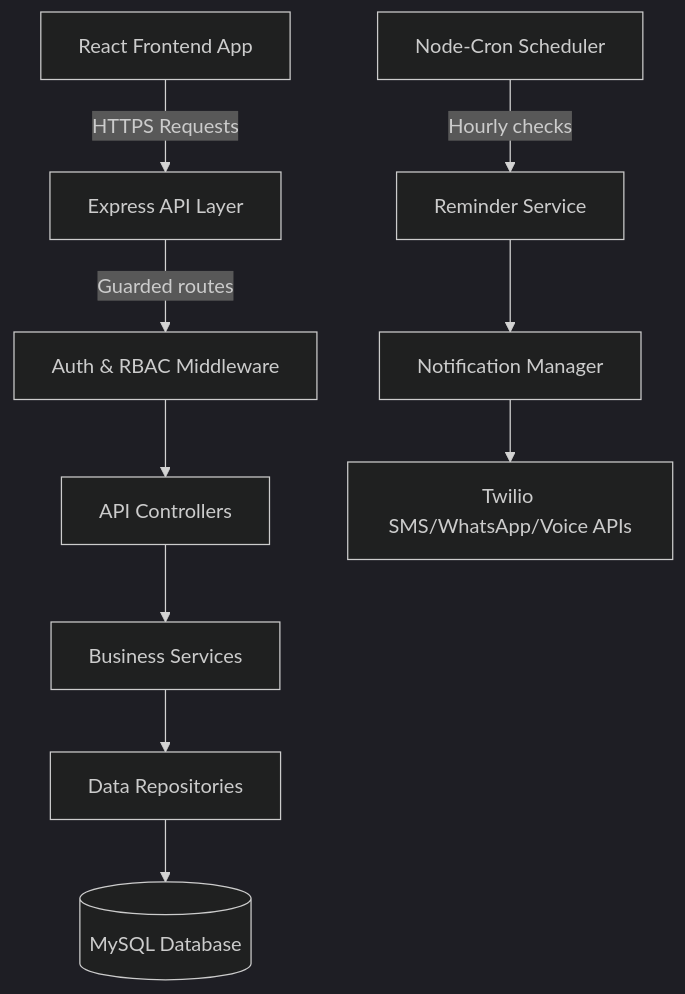
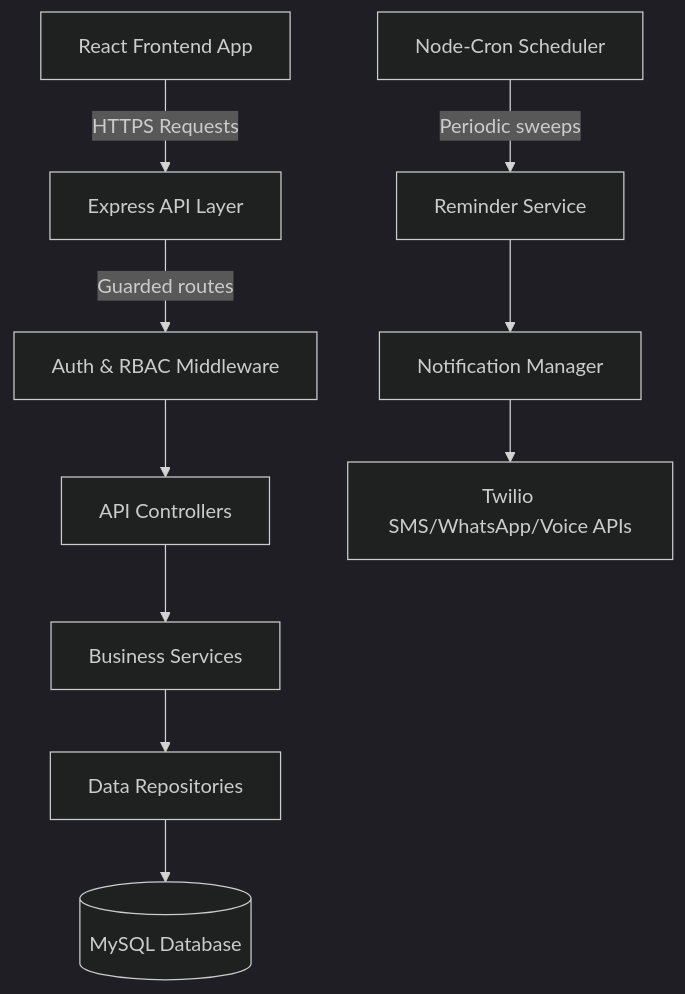
One commit to atharvamirzapure27-cmyk/dermo_reminder_system changed the first of 2 diagrams in README.md. Above: the diagram before and after it, drawn with Mermaid (dark theme). The commit also changed other lines of this file and 21 other files, not shown here.

Commit message:
Hardening and production optimization: Mask PII logs, fix reschedule state desyncs, restrict CORS and endpoints roles, implement server pagination, sorting, search, update charts and stats, add quarterly reports, use exceljs/pdfkit for documents

````diff
--- a/README.md
+++ b/README.md
@@ -9,13 +9,13 @@
 ```mermaid
 graph TD
     Client[React Frontend App] -->|HTTPS Requests| API[Express API Layer]
     API -->|Guarded routes| Middleware[Auth & RBAC Middleware]
     Middleware --> Controllers[API Controllers]
     Controllers --> Services[Business Services]
     Services --> Repositories[Data Repositories]
     Repositories --> DB[(MySQL Database)]
     
-    Cron[Node-Cron Scheduler] -->|Hourly checks| ReminderService[Reminder Service]
+    Cron[Node-Cron Scheduler] -->|Periodic sweeps| ReminderService[Reminder Service]
     ReminderService --> NotificationManager[Notification Manager]
     NotificationManager --> Twilio[Twilio SMS/WhatsApp/Voice APIs]
 ```
````
